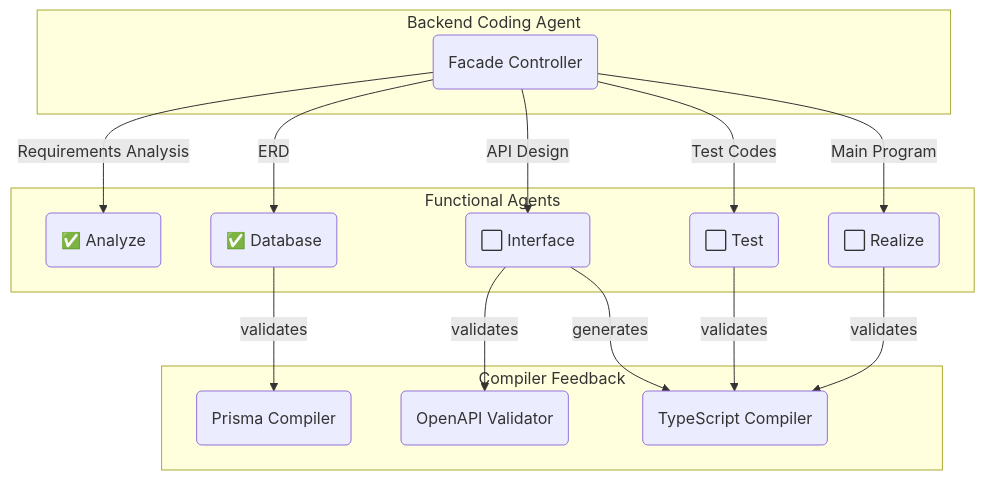
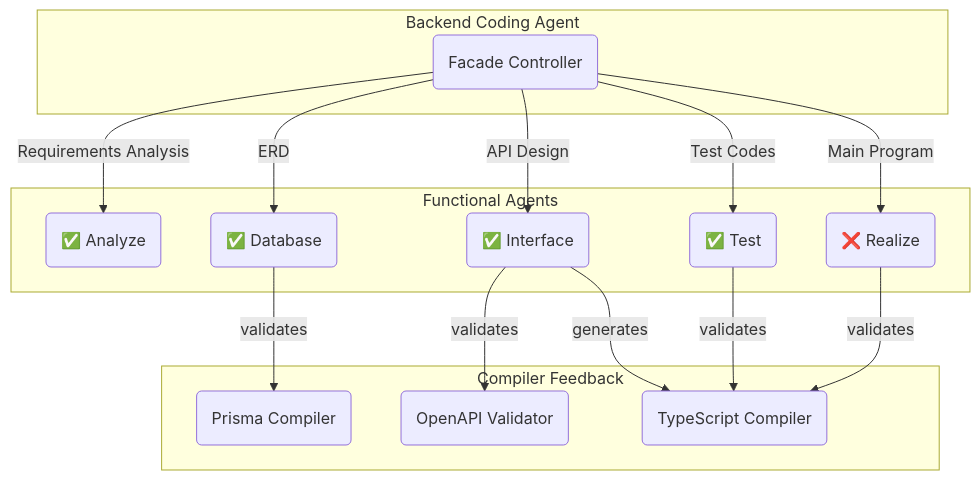
The diagram in deepseek/deepseek-v3.1-terminus-exacto/bbs/README.md (wrtnlabs/autobe-examples), drawn with Mermaid before and after one commit. The commit also changed other lines of this file and 11104 other files, not shown here.

````diff
--- a/deepseek/deepseek-v3.1-terminus-exacto/bbs/README.md
+++ b/deepseek/deepseek-v3.1-terminus-exacto/bbs/README.md
@@ -14,20 +14,20 @@
 ```mermaid
 flowchart
 subgraph "Backend Coding Agent"
   coder("Facade Controller")
 end
 subgraph "Functional Agents"
   coder --"Requirements Analysis"--> analyze("✅ Analyze")
   coder --"ERD"--> database("✅ Database")
-  coder --"API Design"--> interface("⬜ Interface")
-  coder --"Test Codes" --> test("⬜ Test")
-  coder --"Main Program" --> realize("⬜ Realize")
+  coder --"API Design"--> interface("✅ Interface")
+  coder --"Test Codes" --> test("✅ Test")
+  coder --"Main Program" --> realize("❌ Realize")
 end
 subgraph "Compiler Feedback"
   database --"validates" --> prismaCompiler("Prisma Compiler")
   interface --"validates" --> openapiValidator("OpenAPI Validator")
   interface --"generates" --> tsCompiler("TypeScript Compiler")
   test --"validates" --> tsCompiler("TypeScript Compiler")
   realize --"validates" --> tsCompiler("TypeScript Compiler")
 end
 ```
````
